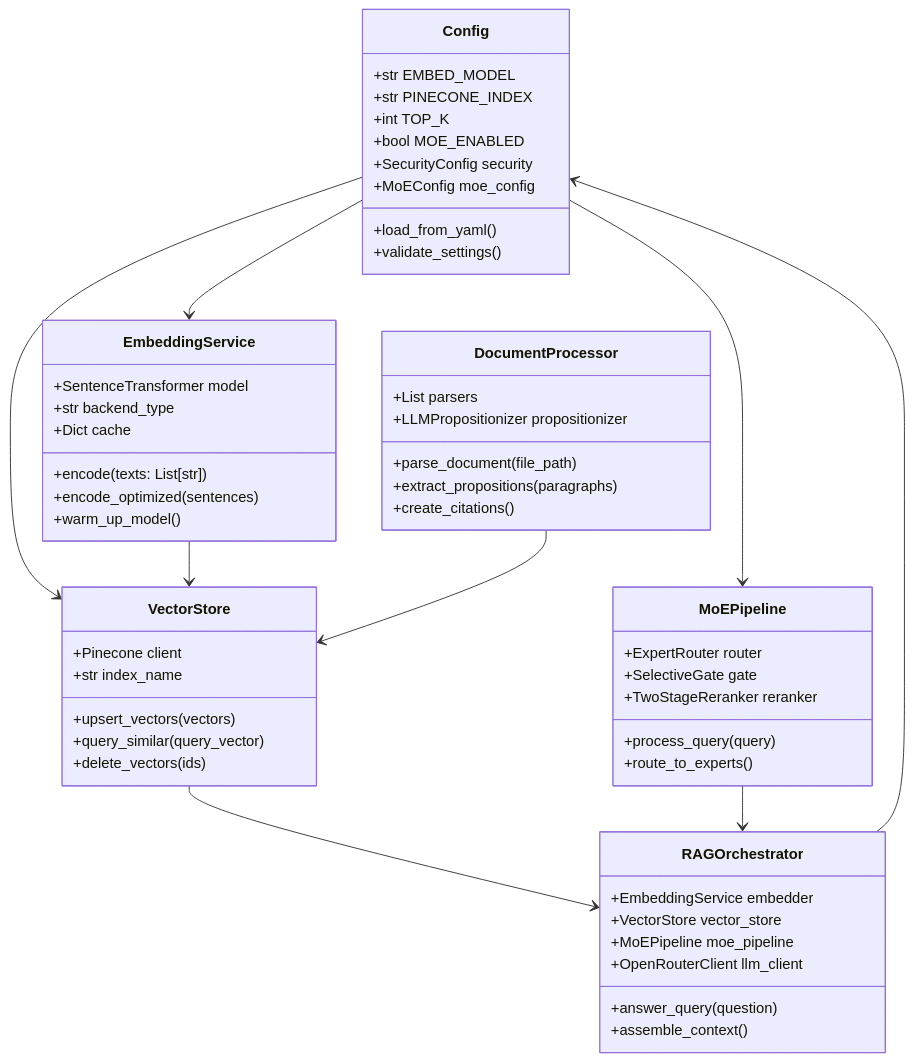
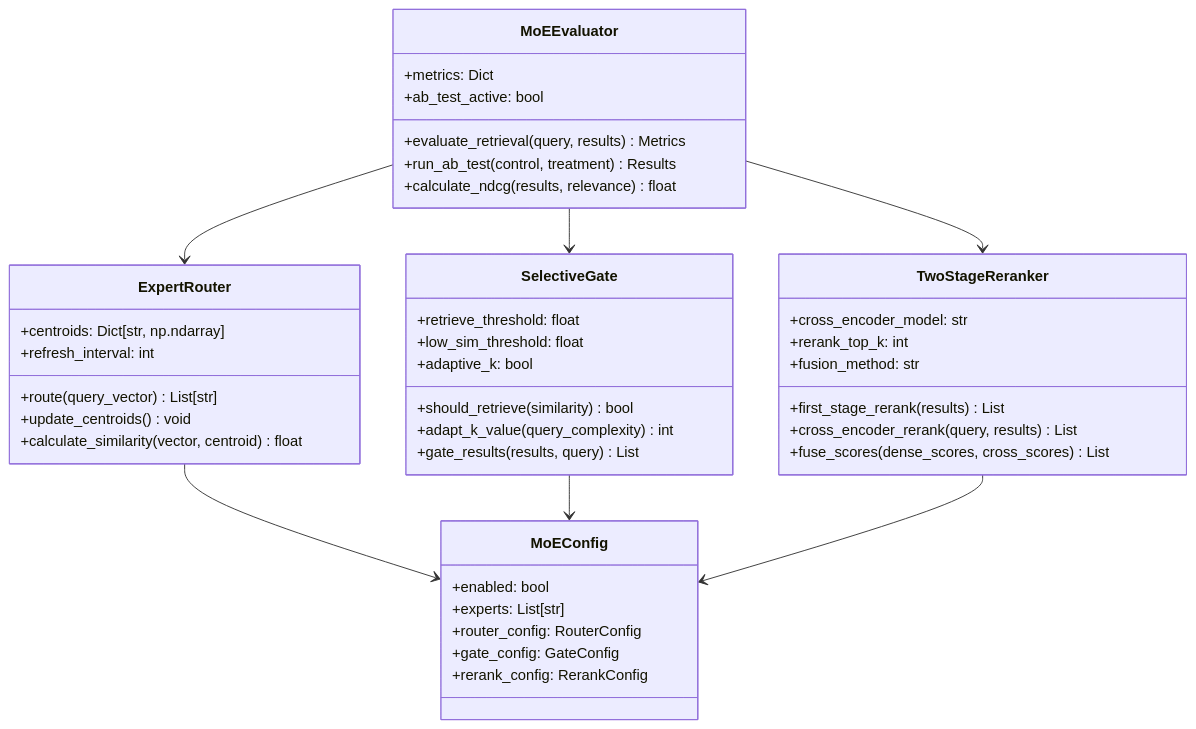
The fourth of 7 diagrams in README.md (JackSmack1971/personal-rag-propo), drawn with Mermaid before and after one commit. The commit also changed other lines of this file, not shown here.

````diff
--- a/README.md
+++ b/README.md
@@ -134,64 +213,51 @@
 ```mermaid
 classDiagram
-    class Config {
-        +str EMBED_MODEL
-        +str PINECONE_INDEX
-        +int TOP_K
-        +bool MOE_ENABLED
-        +SecurityConfig security
-        +MoEConfig moe_config
-        +load_from_yaml()
-        +validate_settings()
+    class ExpertRouter {
+        +centroids: Dict[str, np.ndarray]
+        +refresh_interval: int
+        +route(query_vector) List[str]
+        +update_centroids() void
+        +calculate_similarity(vector, centroid) float
     }
     
-    class EmbeddingService {
-        +SentenceTransformer model
-        +str backend_type
-        +Dict cache
-        +encode(texts: List[str])
-        +encode_optimized(sentences)
-        +warm_up_model()
+    class SelectiveGate {
+        +retrieve_threshold: float
+        +low_sim_threshold: float
+        +adaptive_k: bool
+        +should_retrieve(similarity) bool
+        +adapt_k_value(query_complexity) int
+        +gate_results(results, query) List
     }
     
-    class VectorStore {
-        +Pinecone client
-        +str index_name
-        +upsert_vectors(vectors)
-        +query_similar(query_vector)
-        +delete_vectors(ids)
+    class TwoStageReranker {
+        +cross_encoder_model: str
+        +rerank_top_k: int
+        +fusion_method: str
+        +first_stage_rerank(results) List
+        +cross_encoder_rerank(query, results) List
+        +fuse_scores(dense_scores, cross_scores) List
     }
     
-    class MoEPipeline {
-        +ExpertRouter router
-        +SelectiveGate gate
-        +TwoStageReranker reranker
-        +process_query(query)
-        +route_to_experts()
+    class MoEEvaluator {
+        +metrics: Dict
+        +ab_test_active: bool
+        +evaluate_retrieval(query, results) Metrics
+        +run_ab_test(control, treatment) Results
+        +calculate_ndcg(results, relevance) float
     }
     
-    class DocumentProcessor {
-        +List parsers
-        +LLMPropositionizer propositionizer
-        +parse_document(file_path)
-        +extract_propositions(paragraphs)
-        +create_citations()
+    class MoEConfig {
+        +enabled: bool
+        +experts: List[str]
+        +router_config: RouterConfig
+        +gate_config: GateConfig
+        +rerank_config: RerankConfig
     }
     
-    class RAGOrchestrator {
-        +EmbeddingService embedder
-        +VectorStore vector_store
-        +MoEPipeline moe_pipeline
-        +OpenRouterClient llm_client
-        +answer_query(question)
-        +assemble_context()
-    }
-    
-    Config --> EmbeddingService
-    Config --> VectorStore
-    Config --> MoEPipeline
-    EmbeddingService --> VectorStore
-    VectorStore --> RAGOrchestrator
-    MoEPipeline --> RAGOrchestrator
-    DocumentProcessor --> VectorStore
-    RAGOrchestrator --> Config
+    ExpertRouter --> MoEConfig
+    SelectiveGate --> MoEConfig
+    TwoStageReranker --> MoEConfig
+    MoEEvaluator --> ExpertRouter
+    MoEEvaluator --> SelectiveGate
+    MoEEvaluator --> TwoStageReranker
 ```
````
